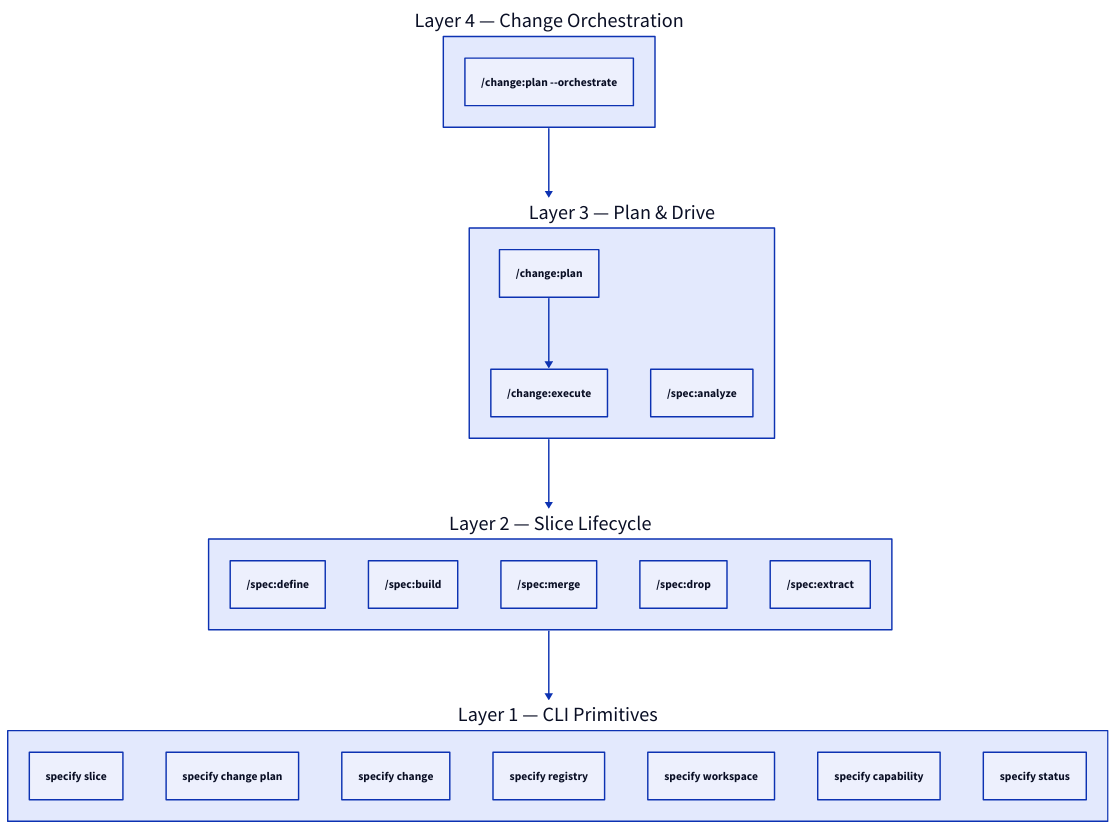
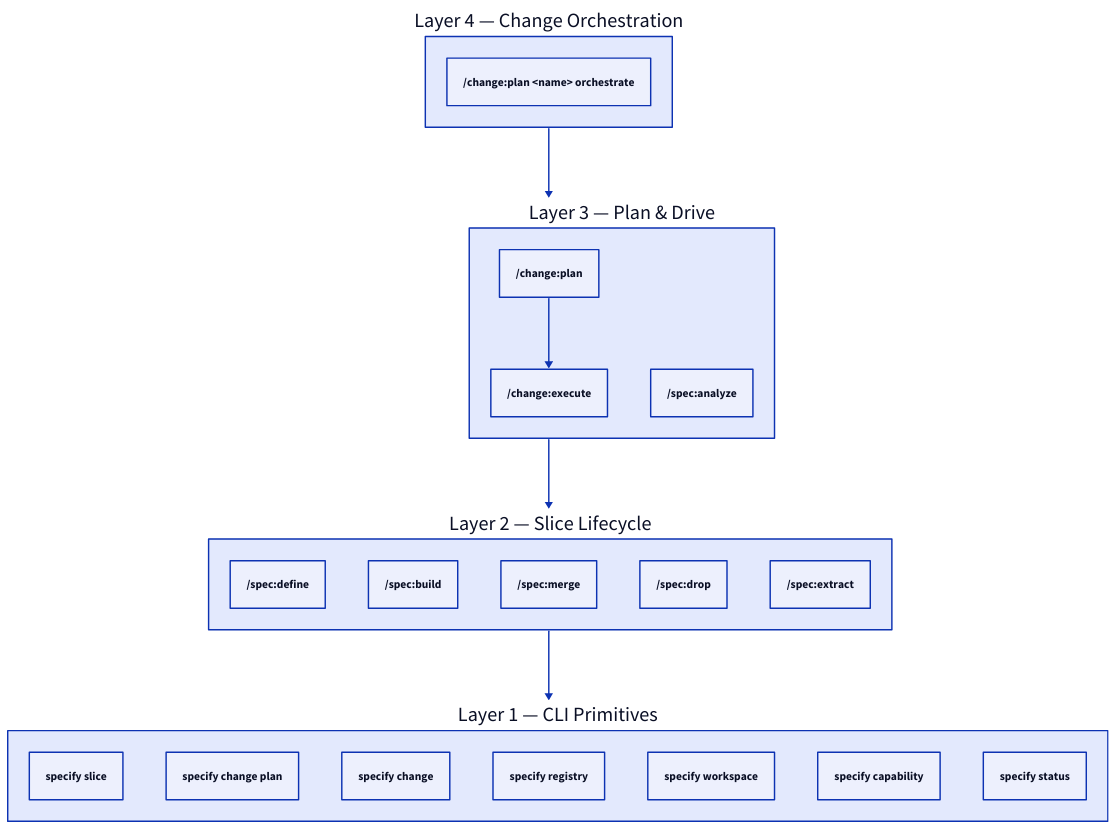
Before and after one commit to augentic/anvil: the diagram in docs/explanation/three-layer-stack.md, drawn with D2. The commit also changed other lines of this file and 125 other files, not shown here.

````diff
--- a/docs/explanation/three-layer-stack.md
+++ b/docs/explanation/three-layer-stack.md
@@ -7,36 +7,36 @@
 ```d2
 direction: down
 
 Layer4: "Layer 4 — Change Orchestration" {
-  orchestrate: "/change:plan --orchestrate"
+  orchestrate: "/change:plan <name> orchestrate"
 }
 
 Layer3: "Layer 3 — Plan & Drive" {
   plan: "/change:plan"
   execute: "/change:execute"
   analyze: "/spec:analyze"
   plan -> execute
 }
 
 Layer2: "Layer 2 — Slice Lifecycle" {
   define: "/spec:define"
   build: "/spec:build"
   mergeSkill: "/spec:merge"
   drop: "/spec:drop"
   extract: "/spec:extract"
 }
 
 Layer1: "Layer 1 — CLI Primitives" {
   sliceCli: "specify slice"
   planCli: "specify change plan"
   changeCli: "specify change"
   registryCli: "specify registry"
   workspaceCli: "specify workspace"
   capabilityCli: "specify capability"
   statusCli: "specify status"
 }
 
 Layer4 -> Layer3
 Layer3 -> Layer2
 Layer2 -> Layer1
 ```
````
